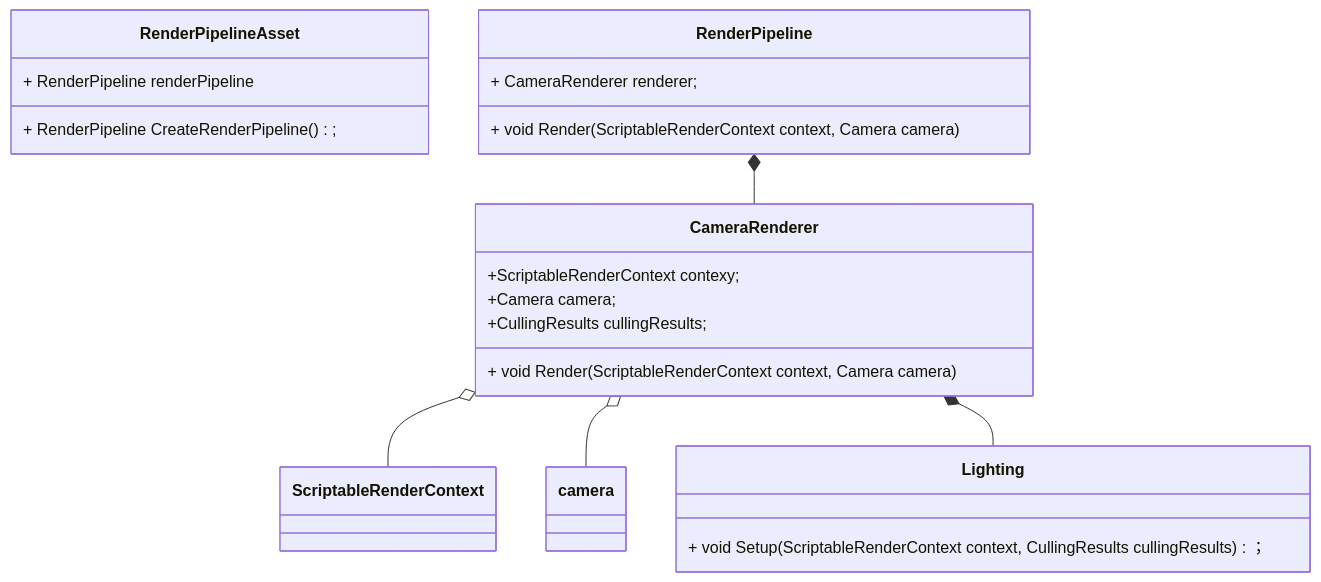
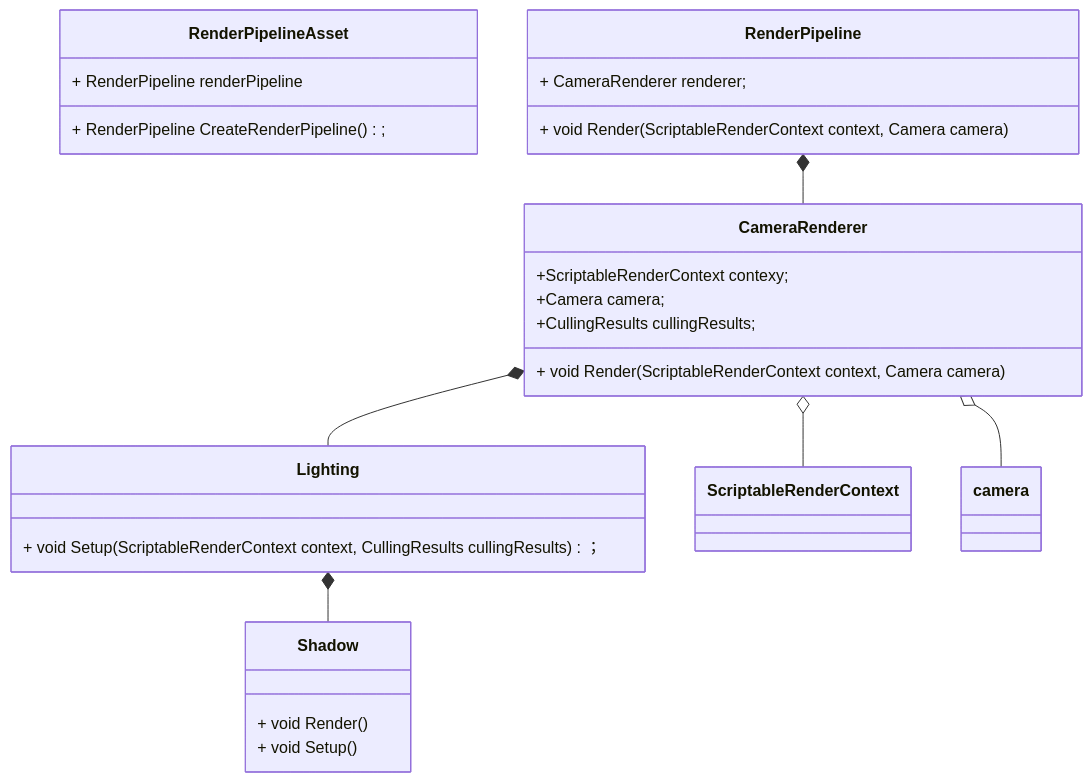
One commit to sherererlock/ScripteRenderPipeline changed the first of 2 diagrams in srp/CustomRenderPipeline.md. Above: the diagram before and after it, drawn with Mermaid. The commit also changed other lines of this file and 35 other files, not shown here.

````diff
--- a/srp/CustomRenderPipeline.md
+++ b/srp/CustomRenderPipeline.md
@@ -3,28 +3,35 @@
 ```mermaid
 classDiagram
 class RenderPipelineAsset{
 	+ RenderPipeline renderPipeline
 	+ RenderPipeline CreateRenderPipeline();
 }
 
 class RenderPipeline{
 	+ CameraRenderer renderer;
 	+ void Render (ScriptableRenderContext context, Camera camera)
 }
 
 class CameraRenderer{
 	+ScriptableRenderContext contexy;
 	+Camera camera;
     +CullingResults cullingResults;
     + void Render (ScriptableRenderContext context, Camera camera)
 }
 
 class Lighting{
 	+ void Setup(ScriptableRenderContext context, CullingResults cullingResults)；
 }
 
+class Shadow{
+	+ void Render()
+	+ void Setup()
+}
+
+
 RenderPipeline *-- CameraRenderer
 CameraRenderer o-- ScriptableRenderContext
 CameraRenderer o-- camera
 CameraRenderer *-- Lighting
+Lighting *-- Shadow
 ```
````
